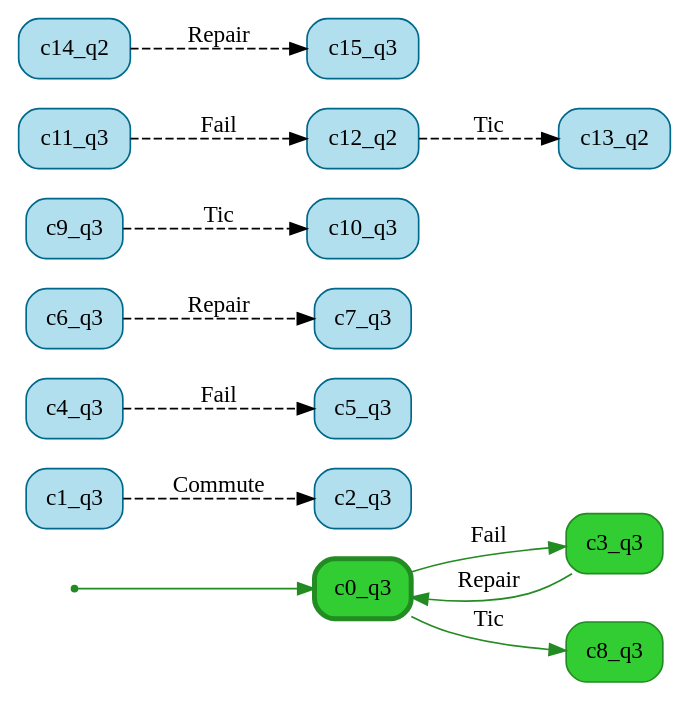
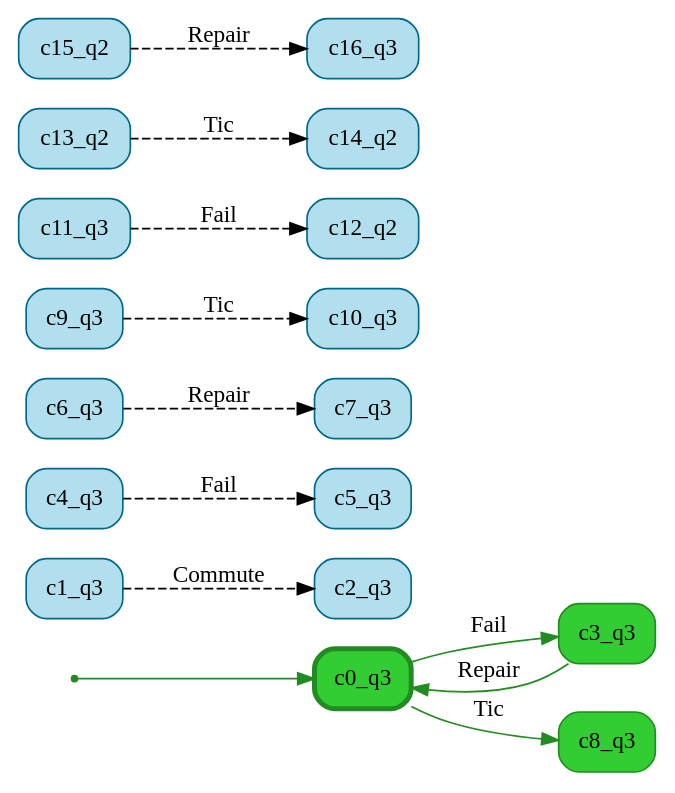
The diagram in resources/results/threeBatteries/4_rel/cxp_small.dot (stratosphr/stratest2), drawn with Graphviz before and after one commit. The commit also changed 174 other files, not shown here.

```diff
--- a/resources/results/threeBatteries/4_rel/cxp_small.dot
+++ b/resources/results/threeBatteries/4_rel/cxp_small.dot
@@ -1,35 +1,36 @@
 digraph g {
 
 	rankdir="LR"
 
 	__invisible__[shape="point", color="forestgreen"]
 	c0_q3[label="c0_q3", shape="box", style="rounded, filled", color="forestgreen", fillcolor="limegreen", penwidth=3] // Initial
 	c3_q3[label="c3_q3", shape="box", style="rounded, filled", color="forestgreen", fillcolor="limegreen"]
 	c8_q3[label="c8_q3", shape="box", style="rounded, filled", color="forestgreen", fillcolor="limegreen"]
 	c1_q3[label="c1_q3", shape="box", style="rounded, filled", color="deepskyblue4", fillcolor="lightblue2"]
 	c2_q3[label="c2_q3", shape="box", style="rounded, filled", color="deepskyblue4", fillcolor="lightblue2"]
 	c4_q3[label="c4_q3", shape="box", style="rounded, filled", color="deepskyblue4", fillcolor="lightblue2"]
 	c5_q3[label="c5_q3", shape="box", style="rounded, filled", color="deepskyblue4", fillcolor="lightblue2"]
 	c6_q3[label="c6_q3", shape="box", style="rounded, filled", color="deepskyblue4", fillcolor="lightblue2"]
 	c7_q3[label="c7_q3", shape="box", style="rounded, filled", color="deepskyblue4", fillcolor="lightblue2"]
 	c9_q3[label="c9_q3", shape="box", style="rounded, filled", color="deepskyblue4", fillcolor="lightblue2"]
 	c10_q3[label="c10_q3", shape="box", style="rounded, filled", color="deepskyblue4", fillcolor="lightblue2"]
 	c11_q3[label="c11_q3", shape="box", style="rounded, filled", color="deepskyblue4", fillcolor="lightblue2"]
 	c12_q2[label="c12_q2", shape="box", style="rounded, filled", color="deepskyblue4", fillcolor="lightblue2"]
 	c13_q2[label="c13_q2", shape="box", style="rounded, filled", color="deepskyblue4", fillcolor="lightblue2"]
 	c14_q2[label="c14_q2", shape="box", style="rounded, filled", color="deepskyblue4", fillcolor="lightblue2"]
-	c15_q3[label="c15_q3", shape="box", style="rounded, filled", color="deepskyblue4", fillcolor="lightblue2"]
+	c15_q2[label="c15_q2", shape="box", style="rounded, filled", color="deepskyblue4", fillcolor="lightblue2"]
+	c16_q3[label="c16_q3", shape="box", style="rounded, filled", color="deepskyblue4", fillcolor="lightblue2"]
 
 	__invisible__ -> c0_q3[color="forestgreen"]
 	c0_q3 -> c3_q3[label="Fail", color="forestgreen"]
 	c3_q3 -> c0_q3[label="Repair", color="forestgreen"]
 	c0_q3 -> c8_q3[label="Tic", color="forestgreen"]
 	c1_q3 -> c2_q3[label="Commute", color="black", style="dashed"]
 	c4_q3 -> c5_q3[label="Fail", color="black", style="dashed"]
 	c6_q3 -> c7_q3[label="Repair", color="black", style="dashed"]
 	c9_q3 -> c10_q3[label="Tic", color="black", style="dashed"]
 	c11_q3 -> c12_q2[label="Fail", color="black", style="dashed"]
-	c12_q2 -> c13_q2[label="Tic", color="black", style="dashed"]
-	c14_q2 -> c15_q3[label="Repair", color="black", style="dashed"]
+	c13_q2 -> c14_q2[label="Tic", color="black", style="dashed"]
+	c15_q2 -> c16_q3[label="Repair", color="black", style="dashed"]
 
 }
```
